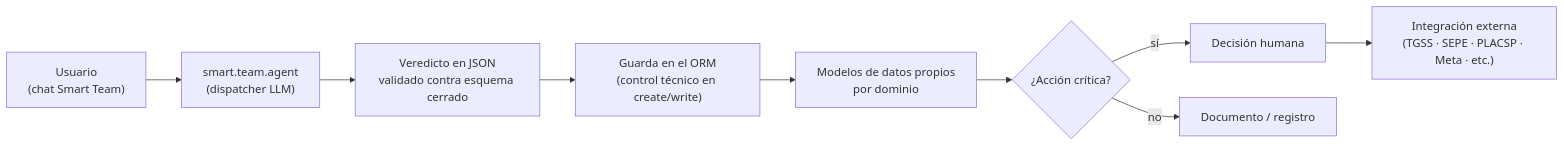
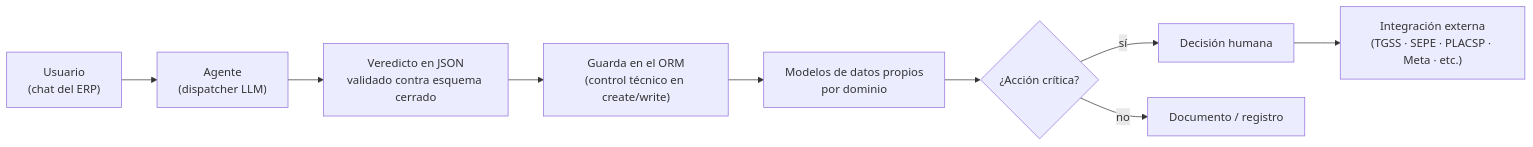
The diagram in README.md (Suntsun/agentes-ia-erp), drawn with Mermaid before and after one commit. The commit also changed other lines of this file, not shown here.

````diff
--- a/README.md
+++ b/README.md
@@ -29,11 +29,11 @@
 ```mermaid
 flowchart LR
-    U["Usuario<br/>(chat Smart Team)"] --> AG["smart.team.agent<br/>(dispatcher LLM)"]
+    U["Usuario<br/>(chat del ERP)"] --> AG["Agente<br/>(dispatcher LLM)"]
     AG --> J["Veredicto en JSON<br/>validado contra esquema cerrado"]
     J --> ORM["Guarda en el ORM<br/>(control técnico en create/write)"]
     ORM --> MOD["Modelos de datos propios<br/>por dominio"]
     MOD --> GATE{"¿Acción crítica?"}
     GATE -->|sí| H["Decisión humana"]
     GATE -->|no| OUT["Documento / registro"]
     H --> EXT["Integración externa<br/>(TGSS · SEPE · PLACSP · Meta · etc.)"]
 ```
````
